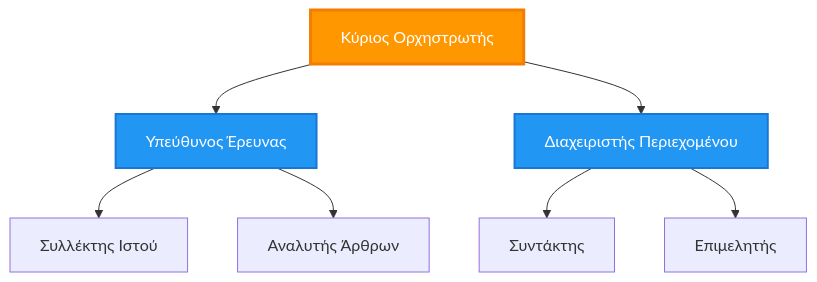
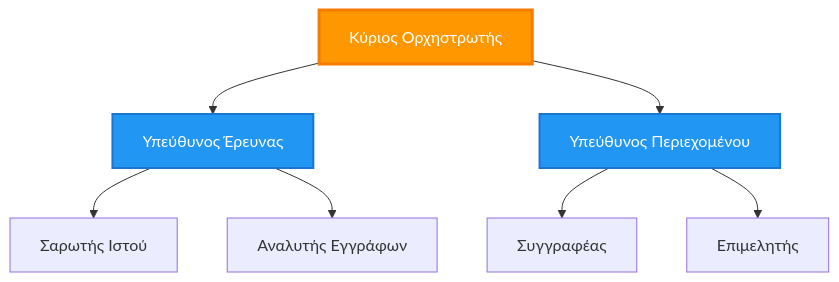
The third of 6 diagrams in translations/el/docs/chapter-06-pre-deployment/coordination-patterns.md (microsoft/AZD-for-beginners), drawn with Mermaid before and after one commit. The commit also changed other lines of this file and 101 other files, not shown here.

````diff
--- a/translations/el/docs/chapter-06-pre-deployment/coordination-patterns.md
+++ b/translations/el/docs/chapter-06-pre-deployment/coordination-patterns.md
@@ -150,21 +143,21 @@
 ```mermaid
 graph TB
     Master[Κύριος Ορχηστρωτής]
     Manager1[Υπεύθυνος Έρευνας]
-    Manager2[Διαχειριστής Περιεχομένου]
-    W1[Συλλέκτης Ιστού]
-    W2[Αναλυτής Άρθρων]
-    W3[Συντάκτης]
+    Manager2[Υπεύθυνος Περιεχομένου]
+    W1[Σαρωτής Ιστού]
+    W2[Αναλυτής Εγγράφων]
+    W3[Συγγραφέας]
     W4[Επιμελητής]
     
     Master --> Manager1
     Master --> Manager2
     Manager1 --> W1
     Manager1 --> W2
     Manager2 --> W3
     Manager2 --> W4
     
     style Master fill:#FF9800,stroke:#F57C00,stroke-width:3px,color:#fff
     style Manager1 fill:#2196F3,stroke:#1976D2,stroke-width:2px,color:#fff
     style Manager2 fill:#2196F3,stroke:#1976D2,stroke-width:2px,color:#fff
 ```
````
